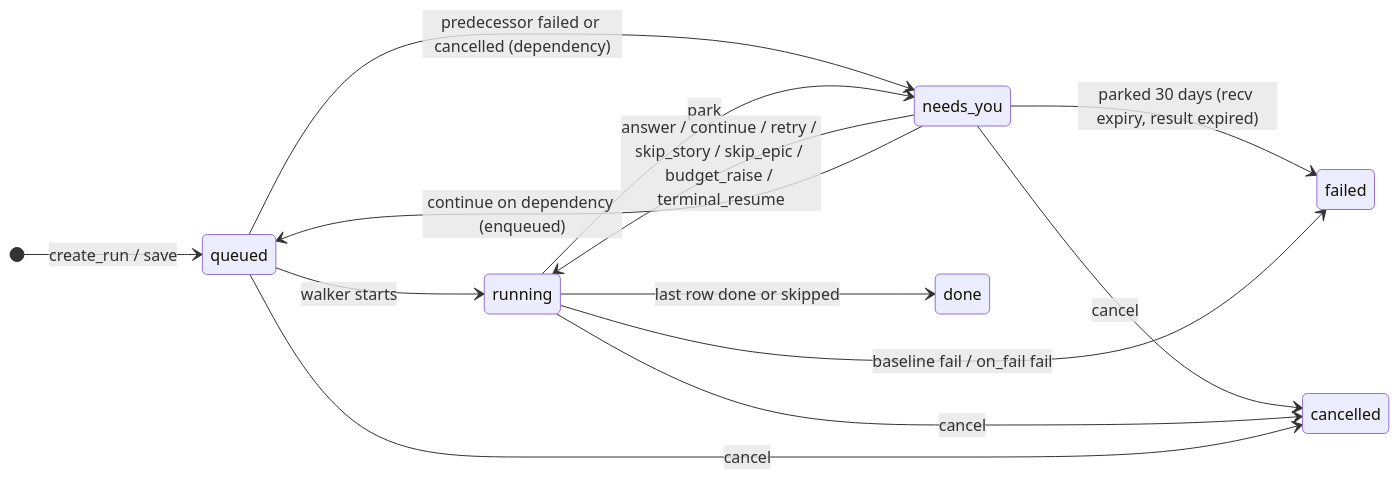
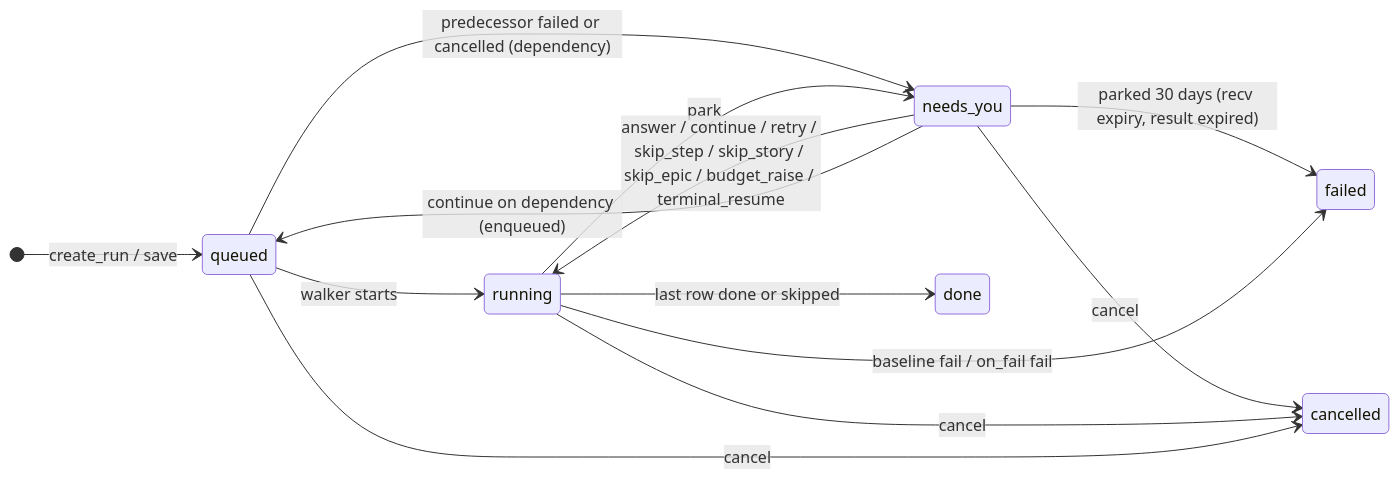
The second of 6 diagrams in _bmad-output/architecture/ARCHITECTURE-SPINE.md (rebecamurillo/ai-orchestrator), drawn with Mermaid before and after one commit. The commit also changed other lines of this file and 4 other files, not shown here.

````diff
--- a/_bmad-output/architecture/ARCHITECTURE-SPINE.md
+++ b/_bmad-output/architecture/ARCHITECTURE-SPINE.md
@@ -110,16 +110,16 @@
 ```mermaid
 stateDiagram-v2
   direction LR
   [*] --> queued: create_run / save
   queued --> running: walker starts
   queued --> needs_you: predecessor failed or cancelled (dependency)
   running --> needs_you: park
-  needs_you --> running: answer / continue / retry / skip_story / skip_epic / budget_raise / terminal_resume
+  needs_you --> running: answer / continue / retry / skip_step / skip_story / skip_epic / budget_raise / terminal_resume
   needs_you --> queued: continue on dependency (enqueued)
   needs_you --> failed: parked 30 days (recv expiry, result expired)
   running --> done: last row done or skipped
   running --> failed: baseline fail / on_fail fail
   needs_you --> cancelled: cancel
   running --> cancelled: cancel
   queued --> cancelled: cancel
 ```
````
